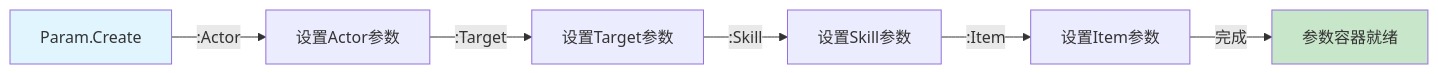
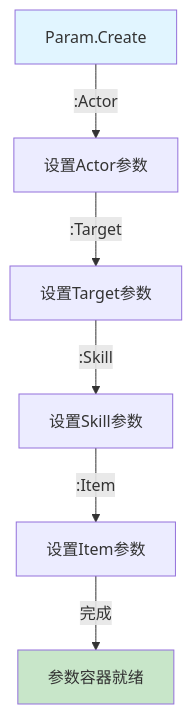
Before and after one commit to Toma882/ReadNote: the seventh of 10 diagrams in 模块架构设计/公式系统架构设计.md, drawn with Mermaid. The commit also changed other lines of this file and 11 other files, not shown here.

Commit message:
Enhance FSM architecture documentation by refining design principles and updating diagrams for clarity. Introduce a comprehensive overview of state management, event handling, and lifecycle integration, while improving the structure and readability of the content.

````diff
--- a/模块架构设计/公式系统架构设计.md
+++ b/模块架构设计/公式系统架构设计.md
@@ -292,11 +285,11 @@
 ```mermaid
-graph LR
+graph TD
     Create[Param.Create] -->|:Actor| Actor[设置Actor参数]
     Actor -->|:Target| Target[设置Target参数]
     Target -->|:Skill| Skill[设置Skill参数]
     Skill -->|:Item| Item[设置Item参数]
     Item -->|完成| End[参数容器就绪]
     
     style Create fill:#e1f5ff
     style End fill:#c8e6c9
 ```
````
